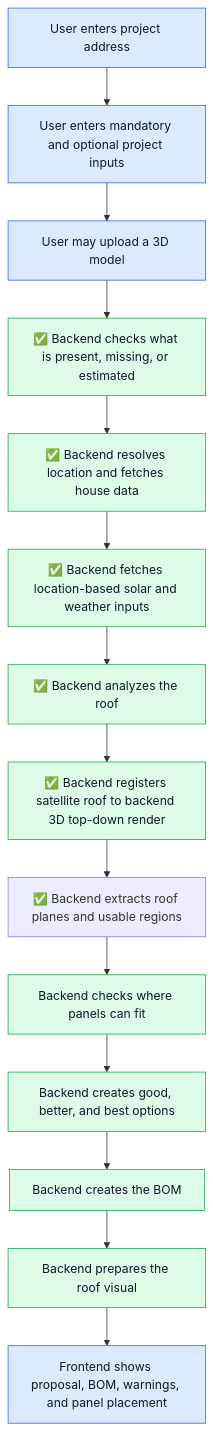
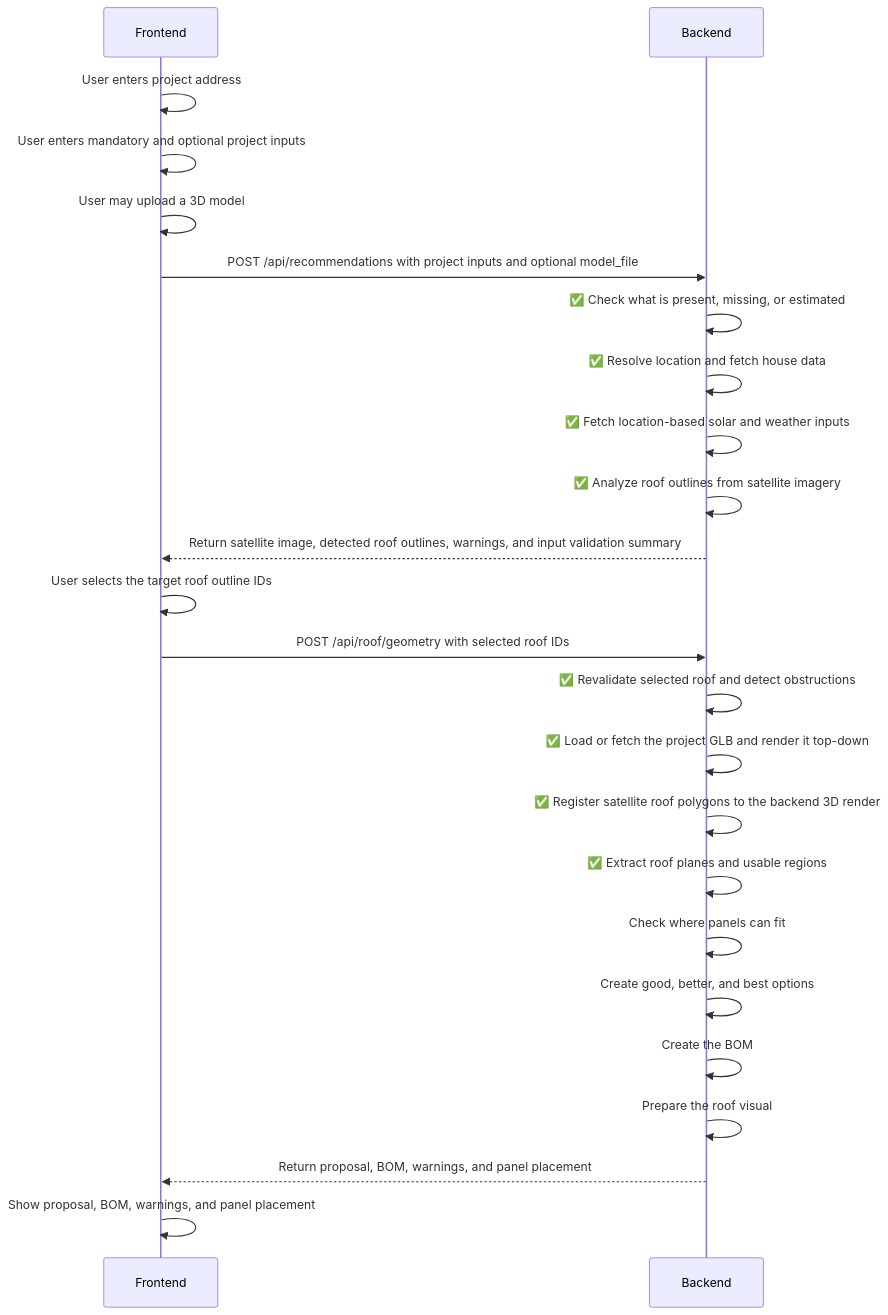
Before and after one commit to robinwettstaedt/roofee: the diagram in backend/README.md, drawn with Mermaid. The commit also changed other lines of this file, not shown here.

Commit message:
Update backend flow documentation

````diff
--- a/backend/README.md
+++ b/backend/README.md
@@ -9,23 +12,27 @@
 ```mermaid
-flowchart TD
-    A["User enters project address"]
-    A --> B["User enters mandatory and optional project inputs"]
-    B --> C["User may upload a 3D model"]
-    C --> D["✅ Backend checks what is present, missing, or estimated"]
-    D --> E["✅ Backend resolves location and fetches house data"]
-    E --> F["✅ Backend fetches location-based solar and weather inputs"]
-    F --> G["✅ Backend analyzes the roof"]
-    G --> R["✅ Backend registers satellite roof to backend 3D top-down render"]
-    R --> P["✅ Backend extracts roof planes and usable regions"]
-    P --> H["Backend checks where panels can fit"]
-    H --> I["Backend creates good, better, and best options"]
-    I --> J["Backend creates the BOM"]
-    J --> K["Backend prepares the roof visual"]
-    K --> L["Frontend shows proposal, BOM, warnings, and panel placement"]
+sequenceDiagram
+    participant Frontend
+    participant Backend
 
-    classDef frontend fill:#dbeafe,stroke:#2563eb,color:#111827
-    classDef backend fill:#dcfce7,stroke:#16a34a,color:#111827
-
-    class A,B,C,L frontend
-    class D,E,F,G,R,H,I,J,K backend
+    Frontend->>Frontend: User enters project address
+    Frontend->>Frontend: User enters mandatory and optional project inputs
+    Frontend->>Frontend: User may upload a 3D model
+    Frontend->>Backend: POST /api/recommendations with project inputs and optional model_file
+    Backend->>Backend: ✅ Check what is present, missing, or estimated
+    Backend->>Backend: ✅ Resolve location and fetch house data
+    Backend->>Backend: ✅ Fetch location-based solar and weather inputs
+    Backend->>Backend: ✅ Analyze roof outlines from satellite imagery
+    Backend-->>Frontend: Return satellite image, detected roof outlines, warnings, and input validation summary
+    Frontend->>Frontend: User selects the target roof outline IDs
+    Frontend->>Backend: POST /api/roof/geometry with selected roof IDs
+    Backend->>Backend: ✅ Revalidate selected roof and detect obstructions
+    Backend->>Backend: ✅ Load or fetch the project GLB and render it top-down
+    Backend->>Backend: ✅ Register satellite roof polygons to the backend 3D render
+    Backend->>Backend: ✅ Extract roof planes and usable regions
+    Backend->>Backend: Check where panels can fit
+    Backend->>Backend: Create good, better, and best options
+    Backend->>Backend: Create the BOM
+    Backend->>Backend: Prepare the roof visual
+    Backend-->>Frontend: Return proposal, BOM, warnings, and panel placement
+    Frontend->>Frontend: Show proposal, BOM, warnings, and panel placement
 ```
````
